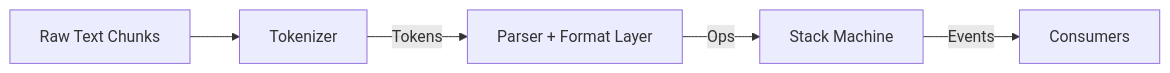
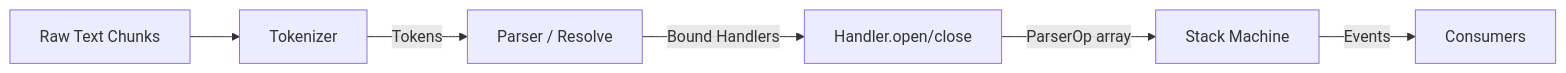
The first of 3 diagrams in packages/xml-act/docs/parser.md (magnitudedev/magnitude), drawn with Mermaid before and after one commit. The commit also changed other lines of this file and 86 other files, not shown here.

````diff
--- a/packages/xml-act/docs/parser.md
+++ b/packages/xml-act/docs/parser.md
@@ -10,7 +9,8 @@
 ```mermaid
 graph LR
     A[Raw Text Chunks] --> B[Tokenizer]
-    B -->|Tokens| C[Parser + Format Layer]
-    C -->|Ops| D[Stack Machine]
-    D -->|Events| E[Consumers]
+    B -->|Tokens| C[Parser / Resolve]
+    C -->|Bound Handlers| D[Handler.open/close]
+    D -->|ParserOp array| E[Stack Machine]
+    E -->|Events| F[Consumers]
 ```
````
